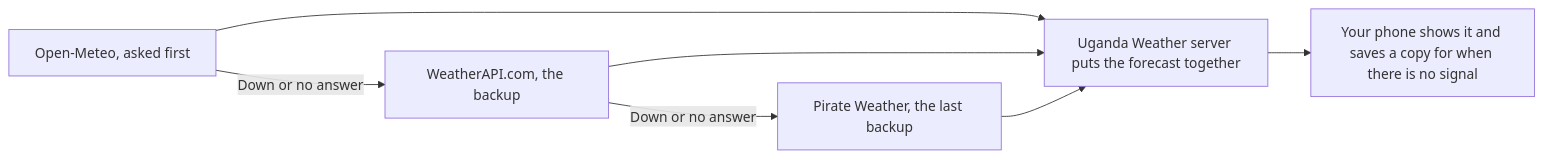
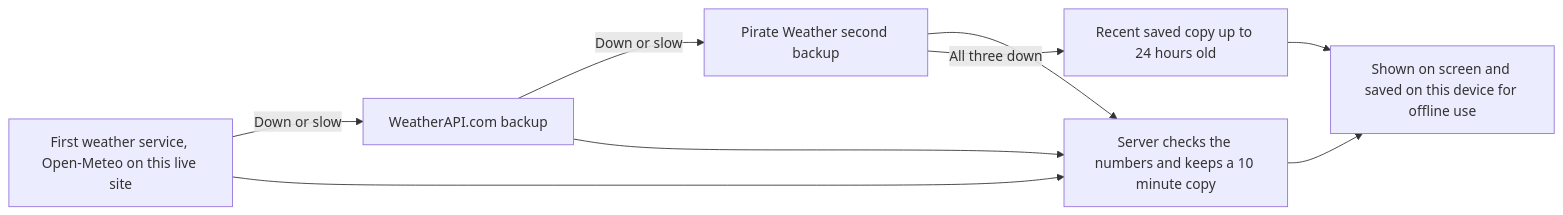
One commit to MarkDanielsMCraft/Uganda-Weather-Hybrid changed the second of 3 diagrams in README.md. Above: the diagram before and after it, drawn with Mermaid. The commit also changed other lines of this file, not shown here.

Commit message:
Update architecture, forecast, and voice diagrams in plain English

````diff
--- a/README.md
+++ b/README.md
@@ -82,9 +87,11 @@
 ```mermaid
 flowchart LR
-  First["Open-Meteo, asked first"] -->|"Down or no answer"| Second["WeatherAPI.com, the backup"]
-  Second -->|"Down or no answer"| Third["Pirate Weather, the last backup"]
-  First --> Server["Uganda Weather server puts the forecast together"]
+  First["First weather service, Open-Meteo on this live site"] -->|"Down or slow"| Second["WeatherAPI.com backup"]
+  Second -->|"Down or slow"| Third["Pirate Weather second backup"]
+  First --> Server["Server checks the numbers and keeps a 10 minute copy"]
   Second --> Server
   Third --> Server
-  Server --> Phone["Your phone shows it and saves a copy for when there is no signal"]
+  Third -->|"All three down"| Saved["Recent saved copy up to 24 hours old"]
+  Saved --> Screen["Shown on screen and saved on this device for offline use"]
+  Server --> Screen
 ```
````
